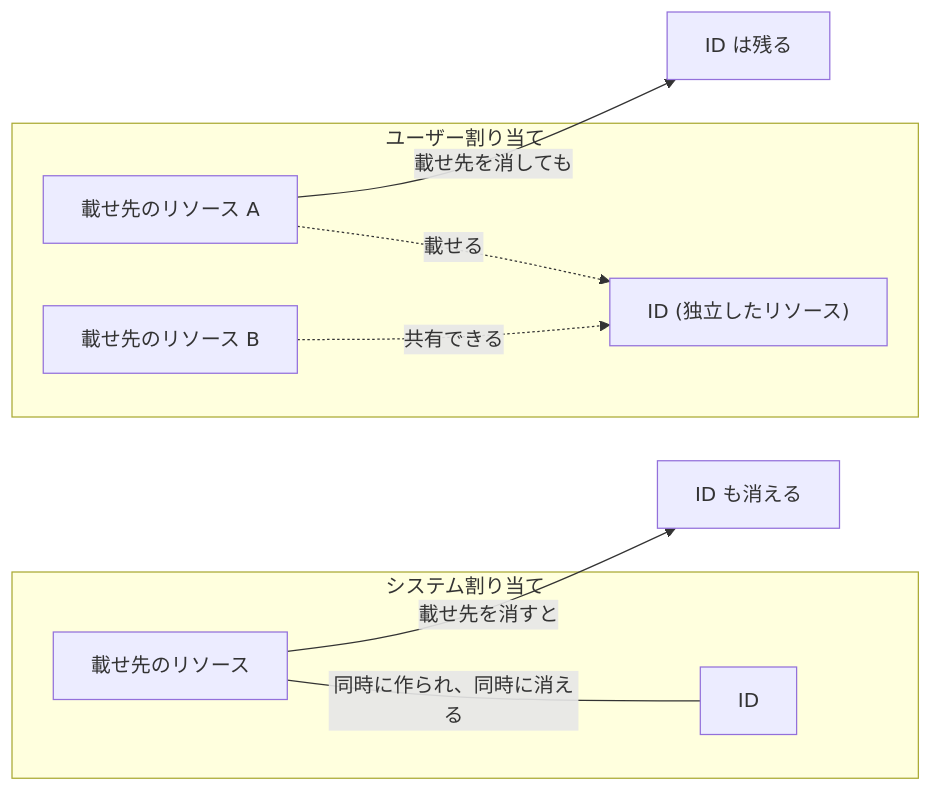
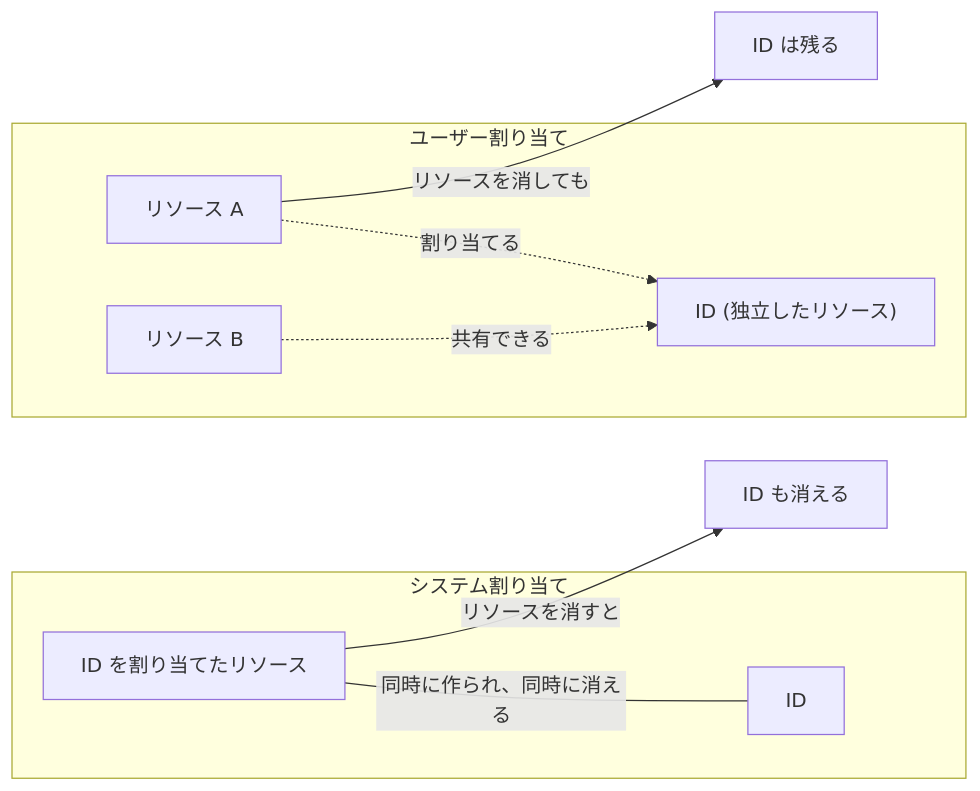
The first of 2 diagrams in manuscript/part2/07-managed-identity.md (engineers-hub-ltd-in-house-project/azure-practice), drawn with Mermaid before and after one commit. The commit also changed other lines of this file and 9 other files, not shown here.

First line of the commit message:
docs: 造語の「載せる・載せ先」を「割り当てる」に直す

````diff
--- a/manuscript/part2/07-managed-identity.md
+++ b/manuscript/part2/07-managed-identity.md
@@ -9,13 +11,13 @@
 ```mermaid
 flowchart LR
   subgraph SA["システム割り当て"]
-    H1["載せ先のリソース"] ---|"同時に作られ、同時に消える"| I1["ID"]
+    H1["ID を割り当てたリソース"] ---|"同時に作られ、同時に消える"| I1["ID"]
   end
   subgraph UA["ユーザー割り当て"]
     I2["ID (独立したリソース)"]
-    H2["載せ先のリソース A"] -.->|"載せる"| I2
-    H3["載せ先のリソース B"] -.->|"共有できる"| I2
+    H2["リソース A"] -.->|"割り当てる"| I2
+    H3["リソース B"] -.->|"共有できる"| I2
   end
-  H1 -->|"載せ先を消すと"| X1["ID も消える"]
-  H2 -->|"載せ先を消しても"| X2["ID は残る"]
+  H1 -->|"リソースを消すと"| X1["ID も消える"]
+  H2 -->|"リソースを消しても"| X2["ID は残る"]
 ```
````
